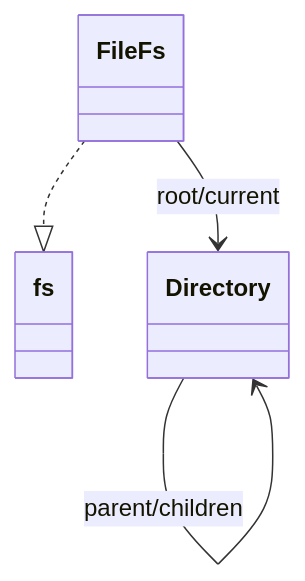
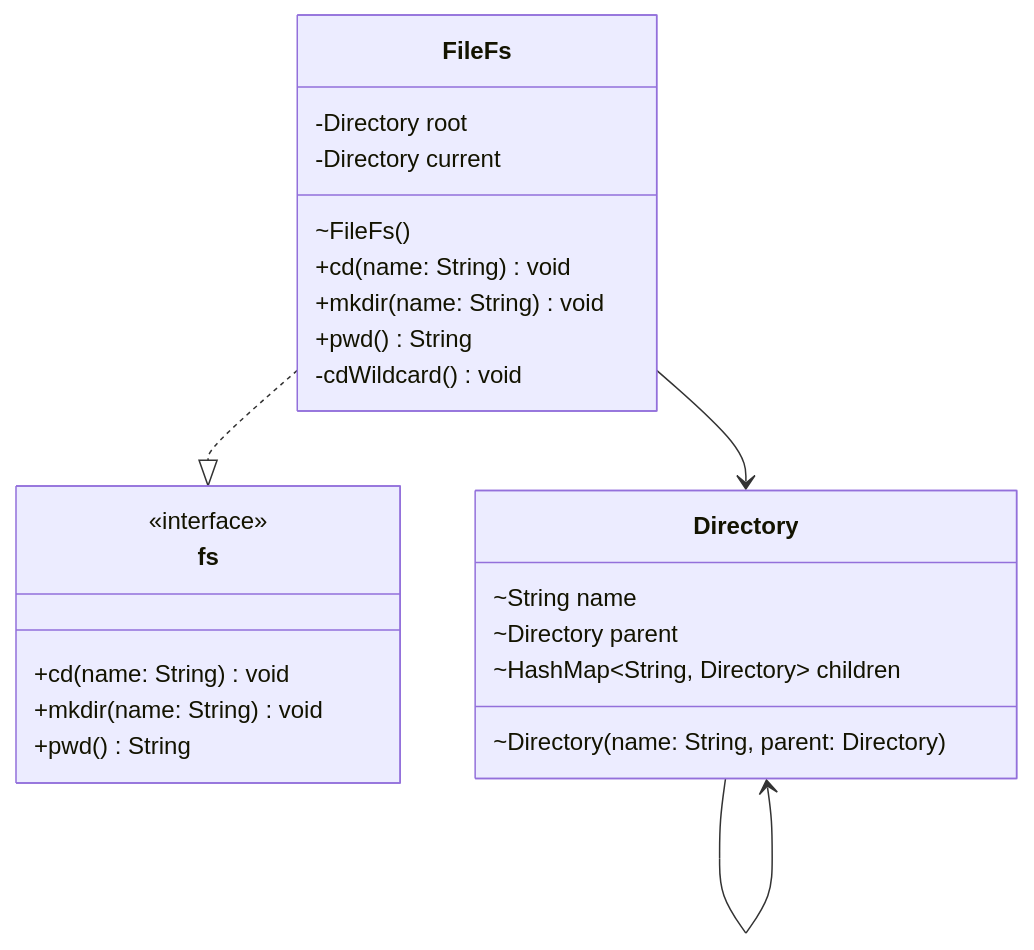
One commit to aknrg77/LowLevelDesign changed the ninth of 10 diagrams in README.md. Above: the diagram before and after it, drawn with Mermaid. The commit also changed other lines of this file, not shown here.

Commit message:
Enhanced README with detailed UML diagrams for Food Delivery, Vehicle Rental, Ride Booking, and Splitwise modules, including class definitions and relationships.

````diff
--- a/README.md
+++ b/README.md
@@ -201,10 +510,27 @@
 ```mermaid
 classDiagram
-class fs
-class FileFs
-class Directory
-
+class fs {
+  <<interface>>
+  +cd(name: String) void
+  +mkdir(name: String) void
+  +pwd() String
+}
+class FileFs {
+  -Directory root
+  -Directory current
+  ~FileFs()
+  +cd(name: String) void
+  +mkdir(name: String) void
+  +pwd() String
+  -cdWildcard() void
+}
+class Directory {
+  ~String name
+  ~Directory parent
+  ~HashMap~String, Directory~ children
+  ~Directory(name: String, parent: Directory)
+}
 FileFs ..|> fs
-FileFs --> Directory : root/current
-Directory --> Directory : parent/children
+FileFs --> Directory
+Directory --> Directory
 ```
````
